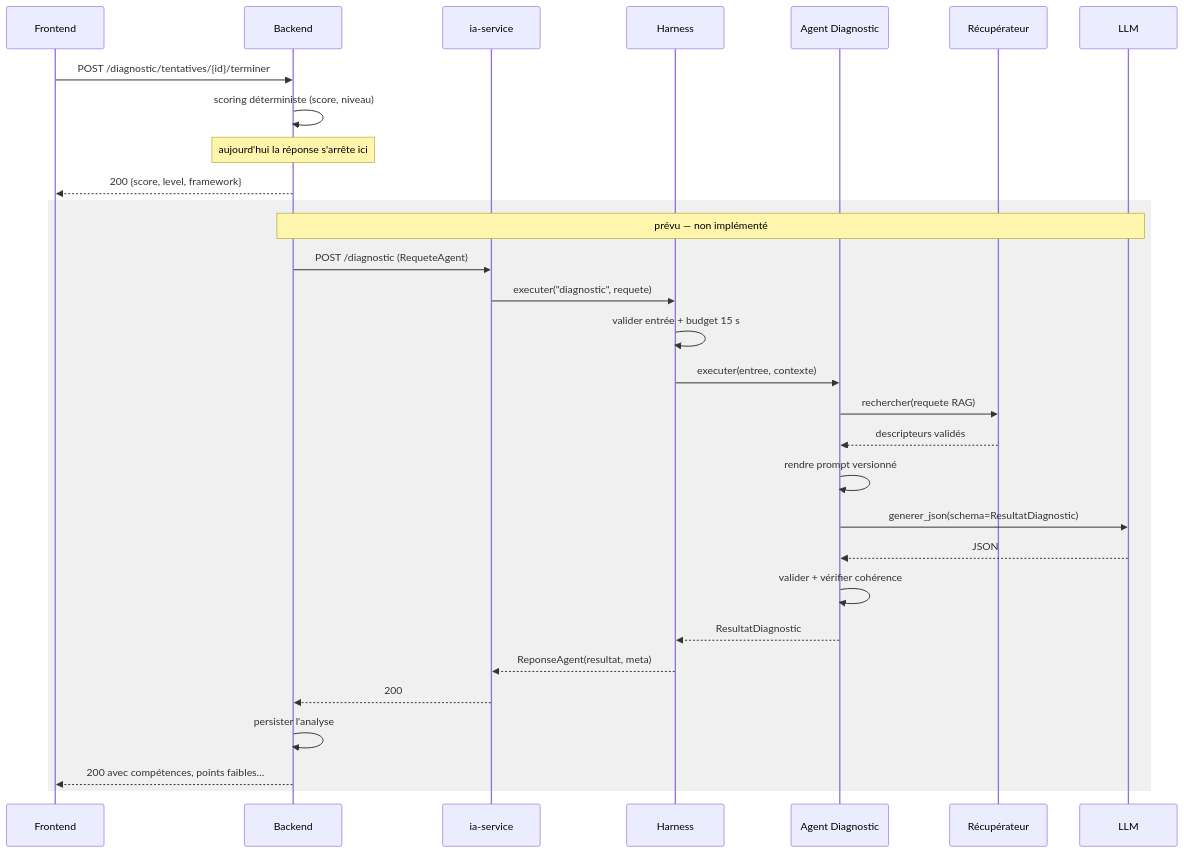
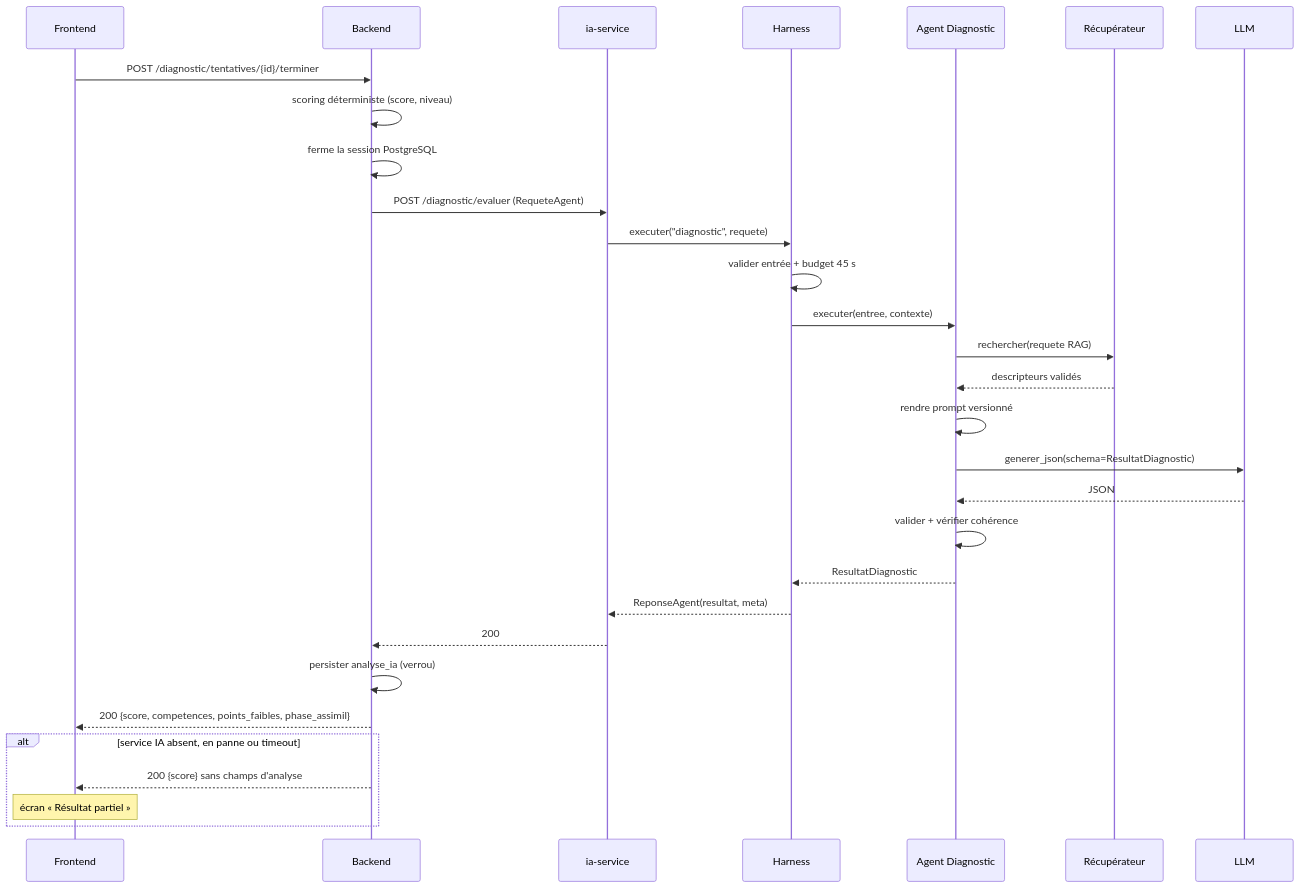
The third of 3 diagrams in docs/architecture/03-ia-service.md (Fafa008/langue_IA), drawn with Mermaid before and after one commit. The commit also changed other lines of this file and 11 other files, not shown here.

````diff
--- a/docs/architecture/03-ia-service.md
+++ b/docs/architecture/03-ia-service.md
@@ -403,34 +404,34 @@
 ```mermaid
 sequenceDiagram
     participant F as Frontend
     participant B as Backend
     participant IA as ia-service
     participant H as Harness
     participant AG as Agent Diagnostic
     participant RAG as Récupérateur
     participant L as LLM
 
     F->>B: POST /diagnostic/tentatives/{id}/terminer
     B->>B: scoring déterministe (score, niveau)
-    Note over B: aujourd'hui la réponse s'arrête ici
-    B-->>F: 200 {score, level, framework}
-
-    rect rgb(240,240,240)
-    Note over B,L: prévu — non implémenté
-    B->>IA: POST /diagnostic (RequeteAgent)
+    B->>B: ferme la session PostgreSQL
+    B->>IA: POST /diagnostic/evaluer (RequeteAgent)
     IA->>H: executer("diagnostic", requete)
-    H->>H: valider entrée + budget 15 s
+    H->>H: valider entrée + budget 45 s
     H->>AG: executer(entree, contexte)
     AG->>RAG: rechercher(requete RAG)
     RAG-->>AG: descripteurs validés
     AG->>AG: rendre prompt versionné
     AG->>L: generer_json(schema=ResultatDiagnostic)
     L-->>AG: JSON
     AG->>AG: valider + vérifier cohérence
     AG-->>H: ResultatDiagnostic
     H-->>IA: ReponseAgent(resultat, meta)
     IA-->>B: 200
-    B->>B: persister l'analyse
-    B-->>F: 200 avec compétences, points faibles…
+    B->>B: persister analyse_ia (verrou)
+    B-->>F: 200 {score, competences, points_faibles, phase_assimil}
+
+    alt service IA absent, en panne ou timeout
+        B-->>F: 200 {score} sans champs d'analyse
+        Note over F: écran « Résultat partiel »
     end
 ```
````
